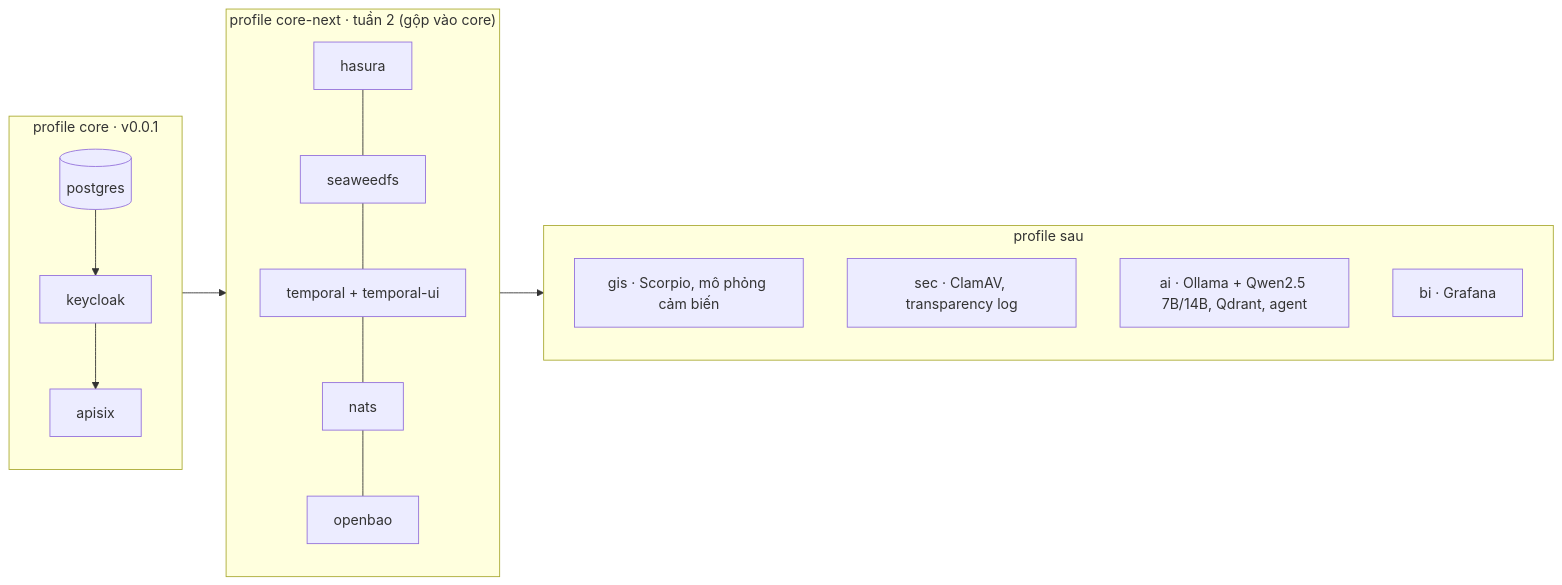
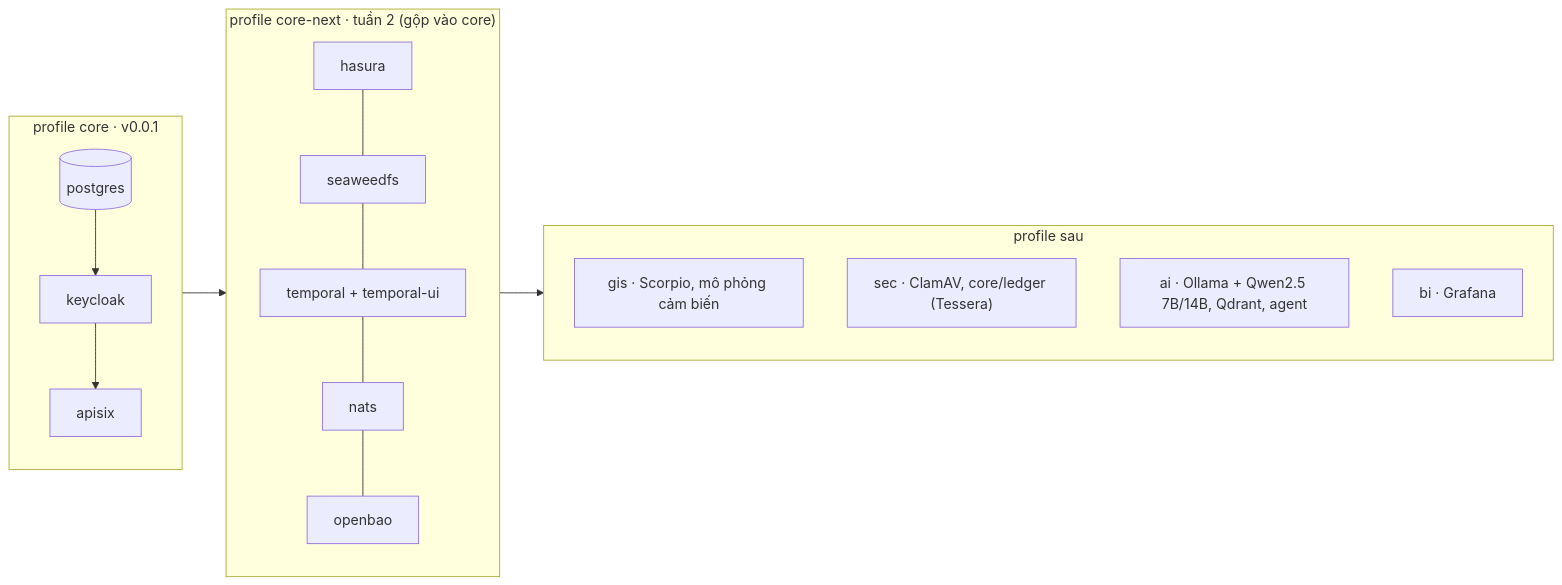
Before and after one commit to disaster-dxos/disaster-dxos: the third of 5 diagrams in docs/architecture.md, drawn with Mermaid. The commit also changed other lines of this file and 5 other files, not shown here.

````diff
--- a/docs/architecture.md
+++ b/docs/architecture.md
@@ -123,16 +125,16 @@
 ```mermaid
 flowchart LR
   subgraph core["profile core · v0.0.1"]
     pg[(postgres)] --> kc[keycloak] --> gw[apisix]
   end
   subgraph next["profile core-next · tuần 2 (gộp vào core)"]
     hs[hasura] --- sw[seaweedfs] --- tp[temporal + temporal-ui] --- nt[nats] --- bao[openbao]
   end
   subgraph later["profile sau"]
     gis["gis · Scorpio, mô phỏng cảm biến"]
-    sec["sec · ClamAV, transparency log"]
+    sec["sec · ClamAV, core/ledger (Tessera)"]
     ai["ai · Ollama + Qwen2.5 7B/14B, Qdrant, agent"]
     bi["bi · Grafana"]
   end
   core --> next --> later
 ```
````
